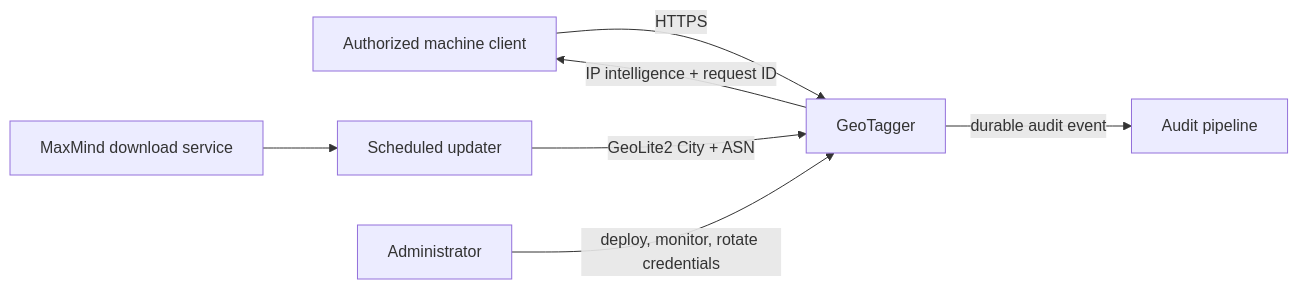
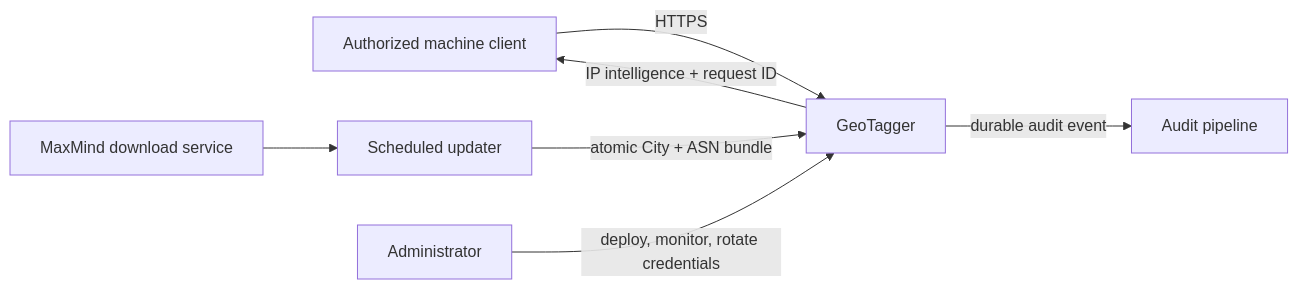
Before and after one commit to Jstarzz/geotagger: the first of 11 diagrams in docs/ARCHITECTURE.md, drawn with Mermaid. The commit also changed other lines of this file, not shown here.

Commit message:
docs: describe atomic City and ASN bundle activation

````diff
--- a/docs/ARCHITECTURE.md
+++ b/docs/ARCHITECTURE.md
@@ -25,9 +17,9 @@
 ```mermaid
 flowchart LR
     CLIENT["Authorized machine client"] -->|"HTTPS"| GEO["GeoTagger"]
     GEO -->|"IP intelligence + request ID"| CLIENT
     GEO -->|"durable audit event"| AUDIT["Audit pipeline"]
-    UPDATER["Scheduled updater"] -->|"GeoLite2 City + ASN"| GEO
+    UPDATER["Scheduled updater"] -->|"atomic City + ASN bundle"| GEO
     MAXMIND["MaxMind download service"] --> UPDATER
     OPS["Administrator"] -->|"deploy, monitor, rotate credentials"| GEO
 ```
````
